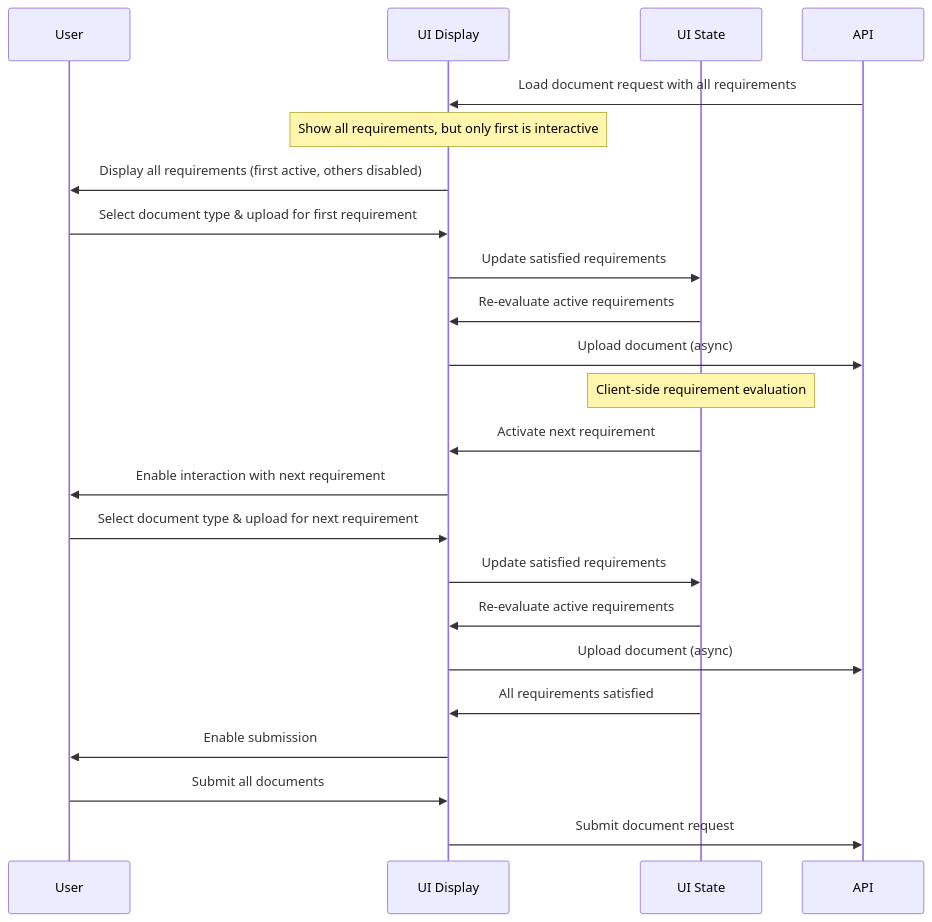
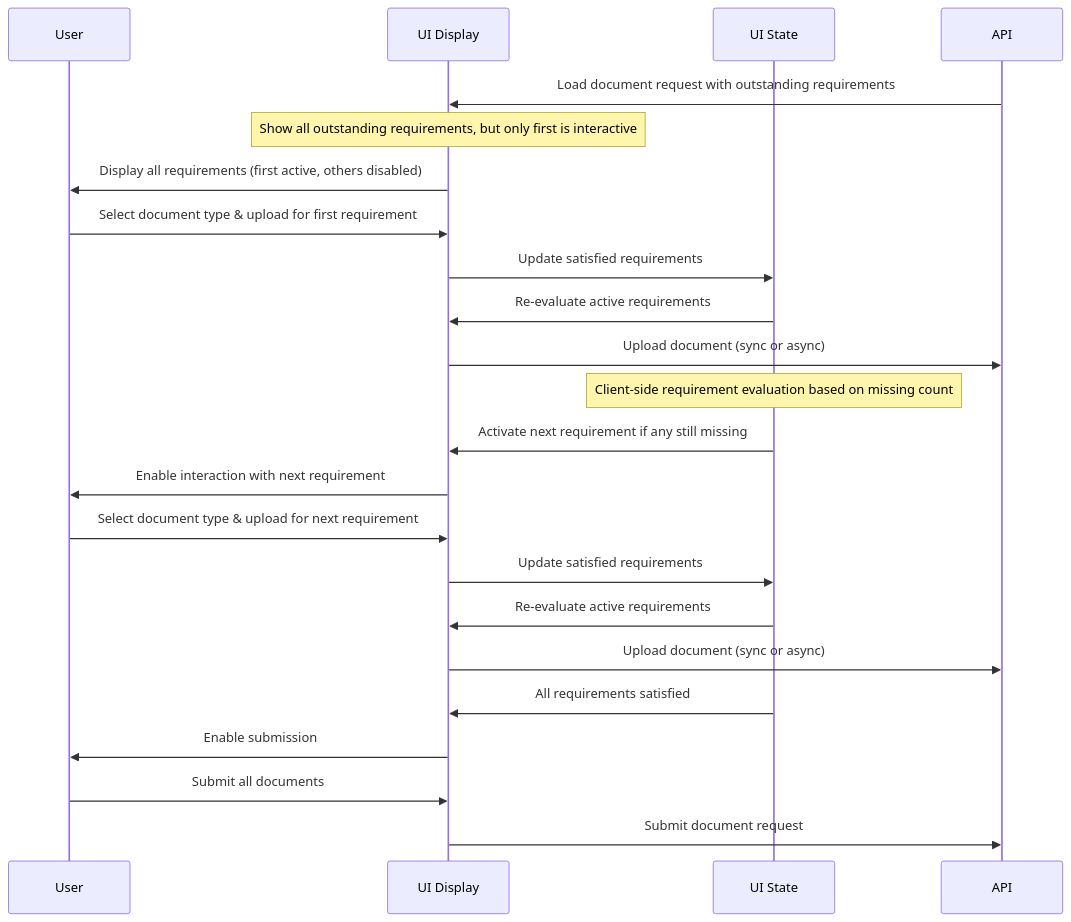
The diagram in embedded-components/src/core/OnboardingWizardBasic/DocumentUploadStepForm/IMPLEMENTATION_GUIDE.md (jpmorgan-payments/embedded-finance), drawn with Mermaid before and after one commit. The commit also changed other lines of this file, not shown here.

Commit message:
docs: enhance implementation guide for DocumentUploadStepForm

````diff
--- a/embedded-components/src/core/OnboardingWizardBasic/DocumentUploadStepForm/IMPLEMENTATION_GUIDE.md
+++ b/embedded-components/src/core/OnboardingWizardBasic/DocumentUploadStepForm/IMPLEMENTATION_GUIDE.md
@@ -11,31 +11,31 @@
 ```mermaid
 sequenceDiagram
     participant User
     participant UI Display
     participant UI State
     participant API
 
-    API->>UI Display: Load document request with all requirements
-    Note over UI Display: Show all requirements, but only first is interactive
+    API->>UI Display: Load document request with outstanding requirements
+    Note over UI Display: Show all outstanding requirements, but only first is interactive
     UI Display->>User: Display all requirements (first active, others disabled)
 
     User->>UI Display: Select document type & upload for first requirement
     UI Display->>UI State: Update satisfied requirements
     UI State->>UI Display: Re-evaluate active requirements
-    UI Display->>API: Upload document (async)
+    UI Display->>API: Upload document (sync or async)
 
-    Note over UI State: Client-side requirement evaluation
+    Note over UI State: Client-side requirement evaluation based on missing count
 
-    UI State->>UI Display: Activate next requirement
+    UI State->>UI Display: Activate next requirement if any still missing
     UI Display->>User: Enable interaction with next requirement
 
     User->>UI Display: Select document type & upload for next requirement
     UI Display->>UI State: Update satisfied requirements
     UI State->>UI Display: Re-evaluate active requirements
-    UI Display->>API: Upload document (async)
+    UI Display->>API: Upload document (sync or async)
 
     UI State->>UI Display: All requirements satisfied
     UI Display->>User: Enable submission
     User->>UI Display: Submit all documents
     UI Display->>API: Submit document request
 ```
````
